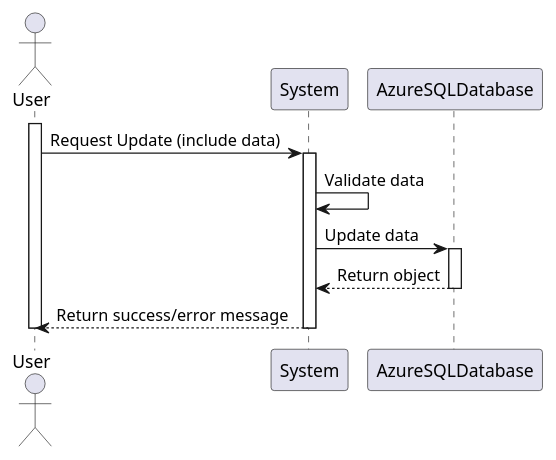
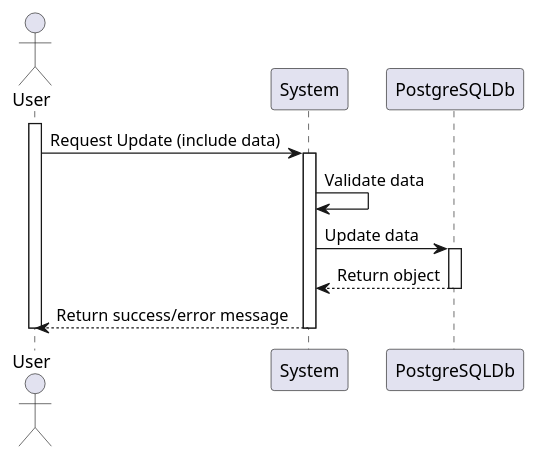
One commit to 1221124/sem5pi-24-25-g031 changed the diagram in docs/SprintC/SoftwareArchitecture/ComponentDiagrams/Level1/ProcessView/Update/SSD-Update.puml. Above: the diagram before and after it, drawn with PlantUML. The commit also changed 43 other files, not shown here.

```diff
--- a/docs/SprintC/SoftwareArchitecture/ComponentDiagrams/Level1/ProcessView/Update/SSD-Update.puml
+++ b/docs/SprintC/SoftwareArchitecture/ComponentDiagrams/Level1/ProcessView/Update/SSD-Update.puml
@@ -1,22 +1,22 @@
 @startuml SSD-Update
 
 actor User
 participant System
-participant AzureSQLDatabase
+participant PostgreSQLDb
 
 activate User
     User -> System : Request Update (include data)
     activate System
         
         System -> System : Validate data
         
-        System -> AzureSQLDatabase : Update data
-        activate AzureSQLDatabase
+        System -> PostgreSQLDb : Update data
+        activate PostgreSQLDb
             
-            AzureSQLDatabase --> System : Return object
-        deactivate AzureSQLDatabase
+            PostgreSQLDb --> System : Return object
+        deactivate PostgreSQLDb
         
         System --> User : Return success/error message    
     deactivate System
 deactivate User
 @enduml
```
